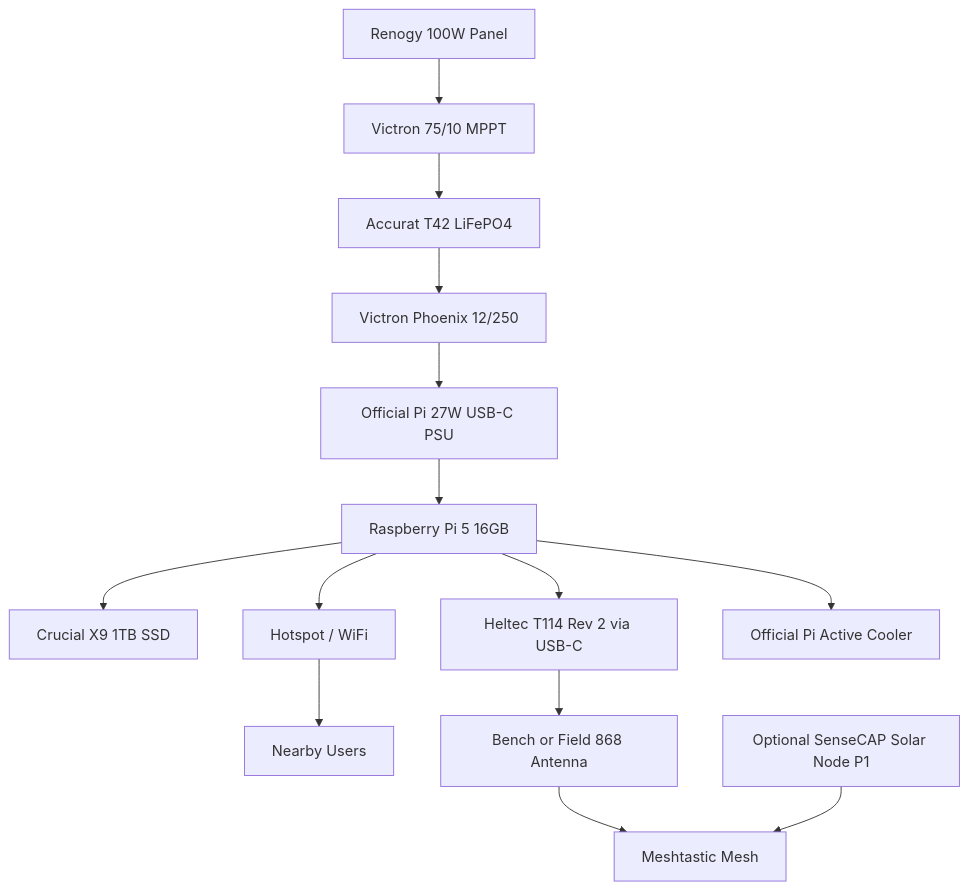
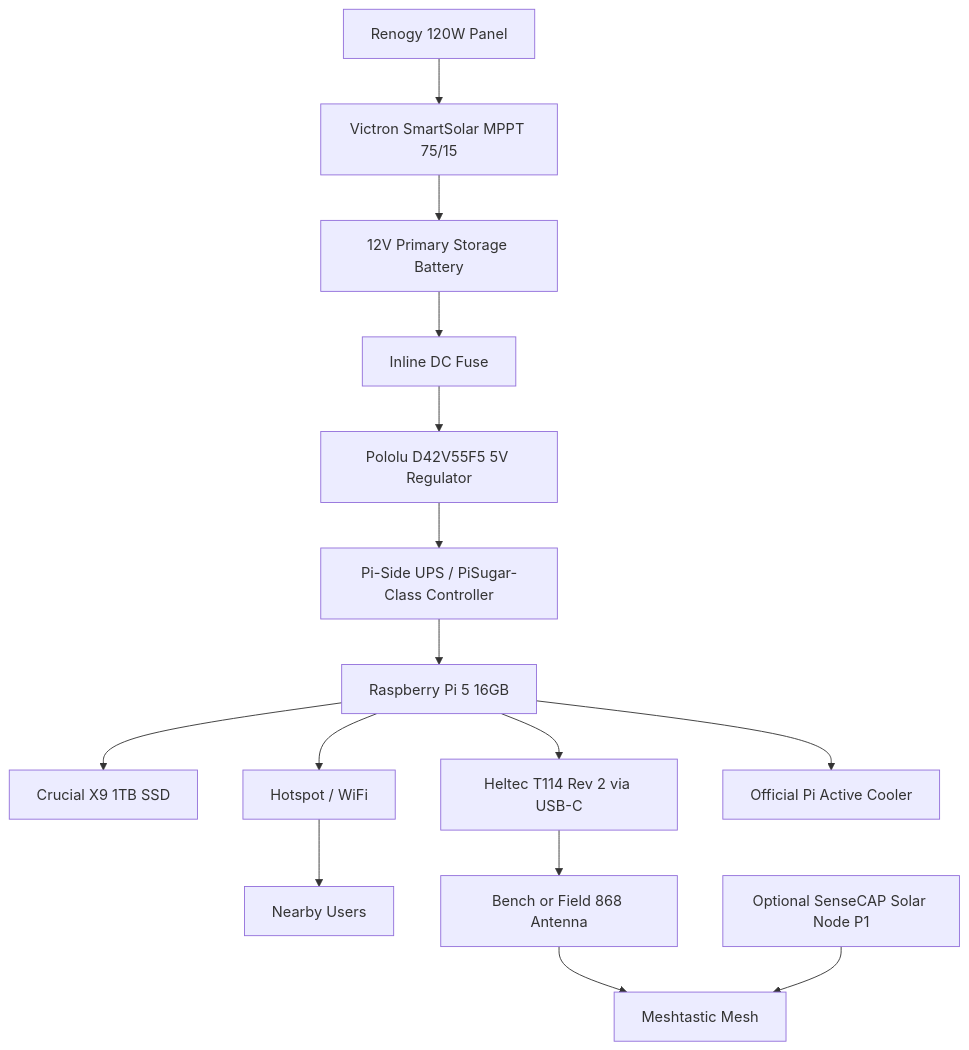
Before and after one commit to SebastianMalara/delphi-42: the diagram in docs/hardware/node_topology.md, drawn with Mermaid. The commit also changed other lines of this file and 27 other files, not shown here.

Commit message:
Update power architecture docs

````diff
--- a/docs/hardware/node_topology.md
+++ b/docs/hardware/node_topology.md
@@ -15,16 +15,17 @@
 ```mermaid
 flowchart TD
-  Solar["Renogy 100W Panel"] --> Charge["Victron 75/10 MPPT"]
-  Charge --> Battery["Accurat T42 LiFePO4"]
-  Battery --> Inverter["Victron Phoenix 12/250"]
-  Inverter --> PSU["Official Pi 27W USB-C PSU"]
-  PSU --> Pi["Raspberry Pi 5 16GB"]
+  Solar["Renogy 120W Panel"] --> Charge["Victron SmartSolar MPPT 75/15"]
+  Charge --> Battery["12V Primary Storage Battery"]
+  Battery --> Fuse["Inline DC Fuse"]
+  Fuse --> Regulator["Pololu D42V55F5 5V Regulator"]
+  Regulator --> UPS["Pi-Side UPS / PiSugar-Class Controller"]
+  UPS --> Pi["Raspberry Pi 5 16GB"]
   Pi --> SSD["Crucial X9 1TB SSD"]
   Pi --> Radio["Heltec T114 Rev 2 via USB-C"]
   Pi --> WiFi["Hotspot / WiFi"]
   Pi --> Cooling["Official Pi Active Cooler"]
   WiFi --> Users["Nearby Users"]
   Radio --> BenchAntenna["Bench or Field 868 Antenna"]
   BenchAntenna --> Mesh["Meshtastic Mesh"]
   SenseCAP["Optional SenseCAP Solar Node P1"] --> Mesh
 ```
````
